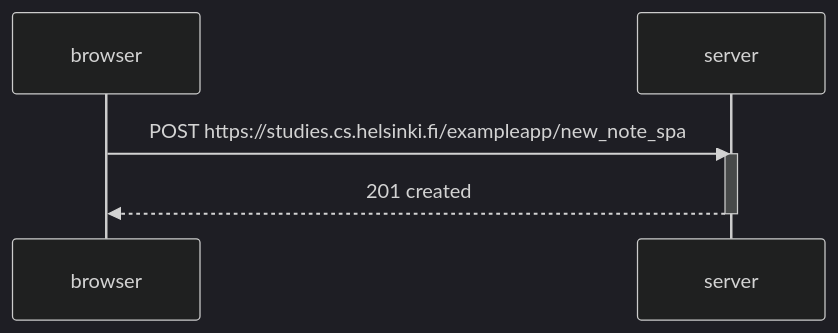
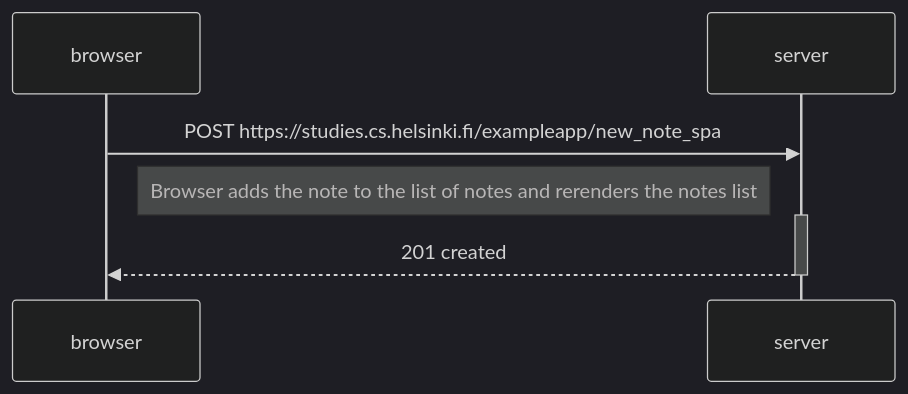
Before and after one commit to vesajoo/fso_submissions: the diagram in part0/0-6.md, drawn with Mermaid (dark theme).

Commit message:
part0 done

```diff
--- a/part0/0-6.md
+++ b/part0/0-6.md
@@ -1,10 +1,12 @@
 ::: mermaid
 sequenceDiagram
     participant browser
     participant server 
 
     browser->>server: POST https://studies.cs.helsinki.fi/exampleapp/new_note_spa
+    Note right of browser: Browser adds the note to the list of notes and rerenders the notes list
     activate server
     server-->>browser: 201 created
     deactivate server
+
 :::
```
